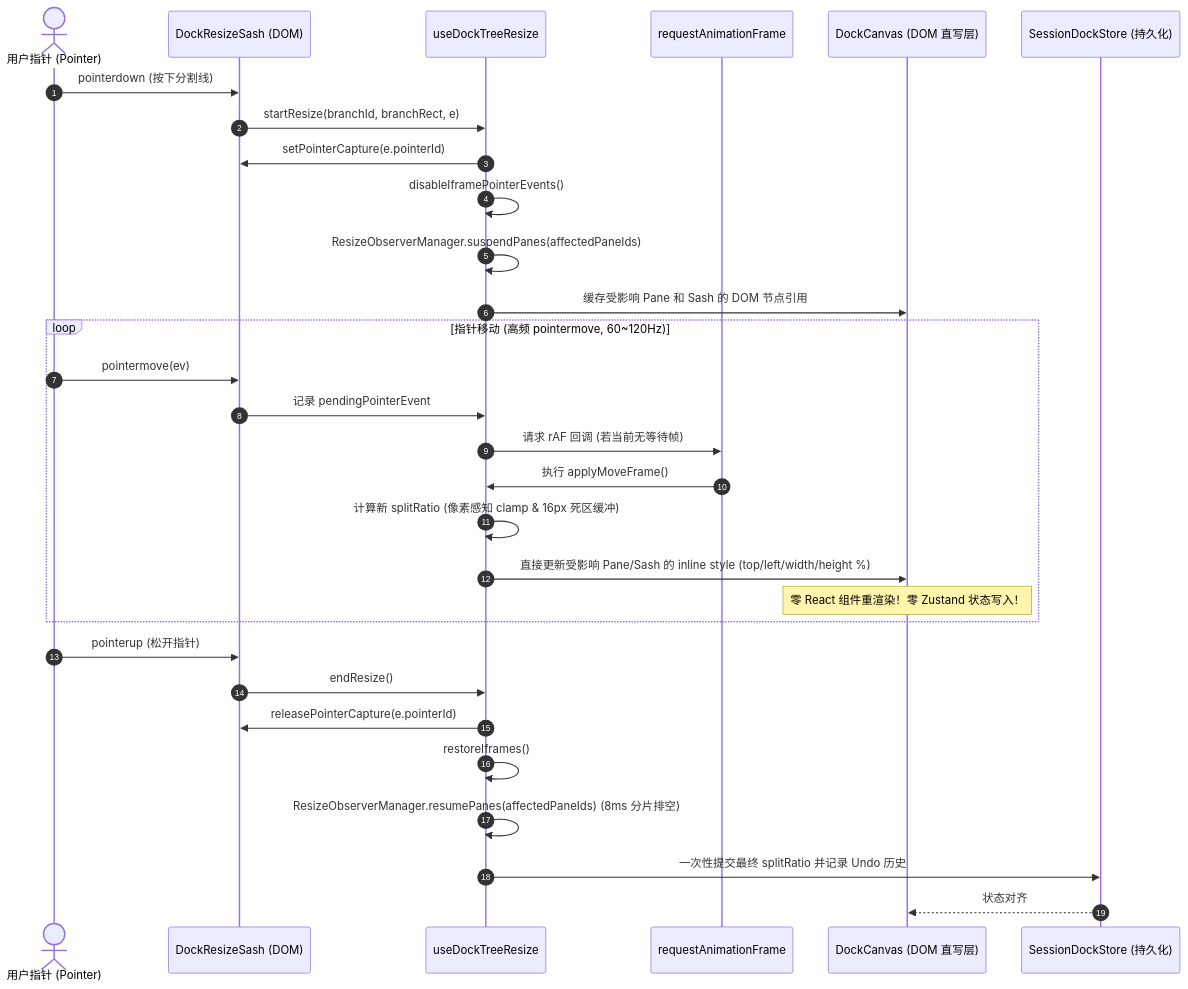
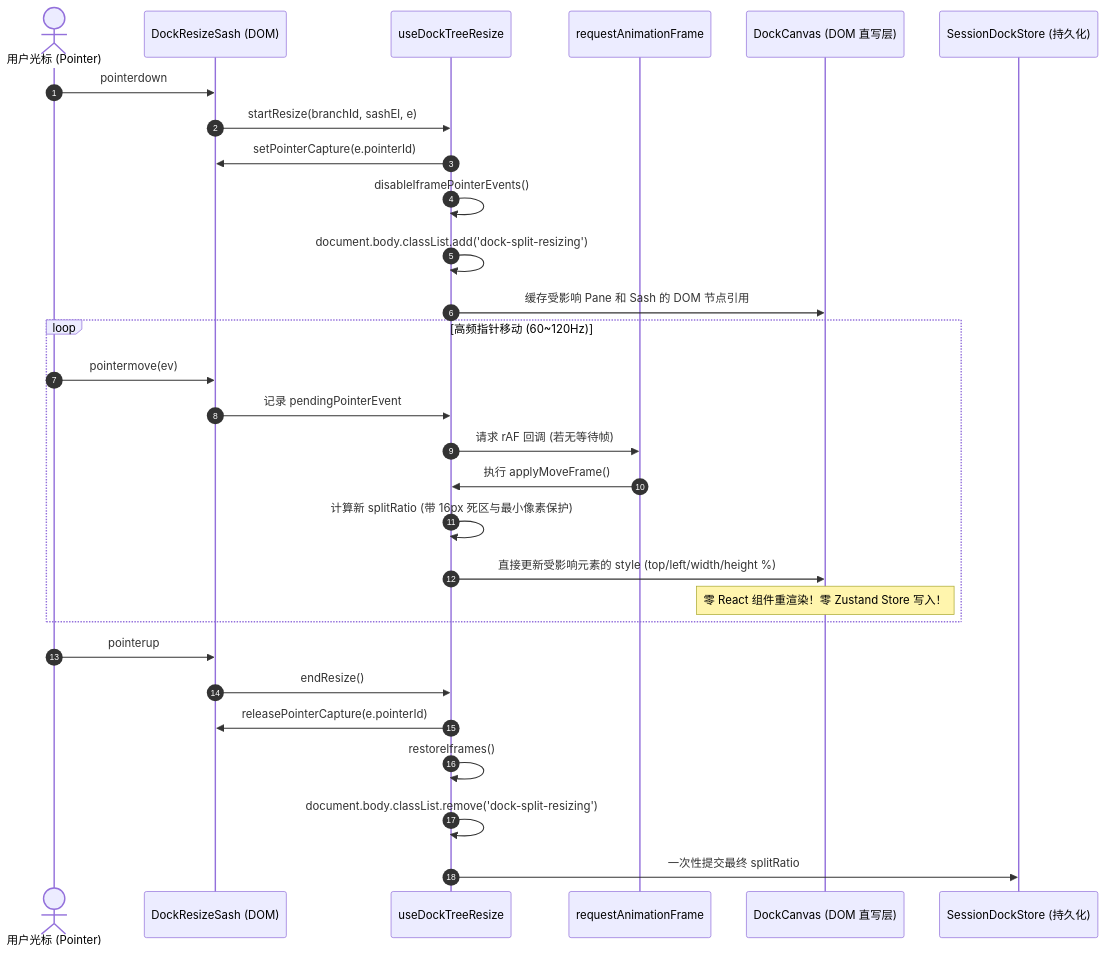
One commit to atobelix/crish changed the diagram in docs/dock-split-system/analysis/02-右坞容器与分屏渲染架构.md. Above: the diagram before and after it, drawn with Mermaid. The commit also changed other lines of this file and 98 other files, not shown here.

First line of the commit message:
feat(dock): land split dock topology, multi-pane runtime and standalone terminal [BATCH-DOCK-SPLIT]

````diff
--- a/docs/dock-split-system/analysis/02-右坞容器与分屏渲染架构.md
+++ b/docs/dock-split-system/analysis/02-右坞容器与分屏渲染架构.md
@@ -634,35 +943,34 @@
 ```mermaid
 sequenceDiagram
   autonumber
-  actor User as 用户指针 (Pointer)
+  actor User as 用户光标 (Pointer)
   participant Sash as DockResizeSash (DOM)
   participant Hook as useDockTreeResize
   participant RAF as requestAnimationFrame
   participant DOM as DockCanvas (DOM 直写层)
   participant Store as SessionDockStore (持久化)
 
-  User->>Sash: pointerdown (按下分割线)
-  Sash->>Hook: startResize(branchId, branchRect, e)
+  User->>Sash: pointerdown
+  Sash->>Hook: startResize(branchId, sashEl, e)
   Hook->>Sash: setPointerCapture(e.pointerId)
   Hook->>Hook: disableIframePointerEvents()
-  Hook->>Hook: ResizeObserverManager.suspendPanes(affectedPaneIds)
+  Hook->>Hook: document.body.classList.add('dock-split-resizing')
   Hook->>DOM: 缓存受影响 Pane 和 Sash 的 DOM 节点引用
 
-  loop 指针移动 (高频 pointermove, 60~120Hz)
+  loop 高频指针移动 (60~120Hz)
     User->>Sash: pointermove(ev)
     Sash->>Hook: 记录 pendingPointerEvent
-    Hook->>RAF: 请求 rAF 回调 (若当前无等待帧)
+    Hook->>RAF: 请求 rAF 回调 (若无等待帧)
     RAF->>Hook: 执行 applyMoveFrame()
-    Hook->>Hook: 计算新 splitRatio (像素感知 clamp & 16px 死区缓冲)
-    Hook->>DOM: 直接更新受影响 Pane/Sash 的 inline style (top/left/width/height %)
-    Note over DOM: 零 React 组件重渲染！零 Zustand 状态写入！
+    Hook->>Hook: 计算新 splitRatio (带 16px 死区与最小像素保护)
+    Hook->>DOM: 直接更新受影响元素的 style (top/left/width/height %)
+    Note over DOM: 零 React 组件重渲染！零 Zustand Store 写入！
   end
 
-  User->>Sash: pointerup (松开指针)
+  User->>Sash: pointerup
   Sash->>Hook: endResize()
   Hook->>Sash: releasePointerCapture(e.pointerId)
   Hook->>Hook: restoreIframes()
-  Hook->>Hook: ResizeObserverManager.resumePanes(affectedPaneIds) (8ms 分片排空)
-  Hook->>Store: 一次性提交最终 splitRatio 并记录 Undo 历史
-  Store-->>DOM: 状态对齐
+  Hook->>Hook: document.body.classList.remove('dock-split-resizing')
+  Hook->>Store: 一次性提交最终 splitRatio
 ```
````
